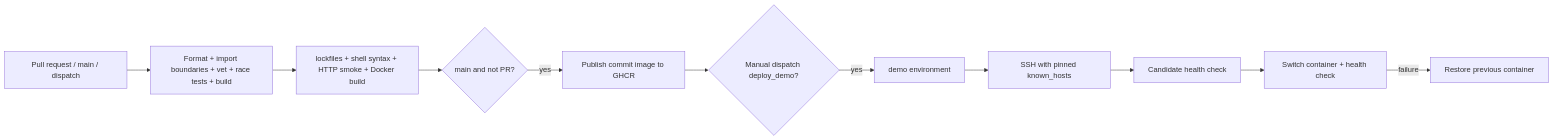
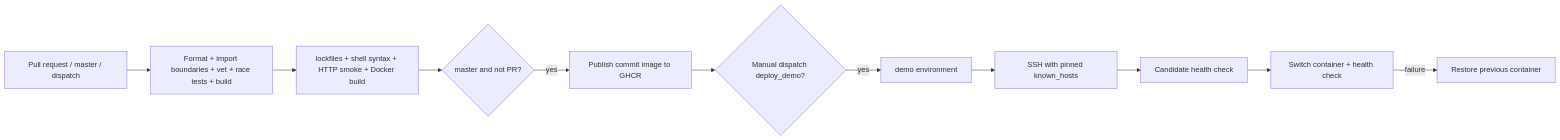
The diagram in docs/delivery.md (aqutw/Golang-with-Gin-ecommerce-API-starter-202610), drawn with Mermaid before and after one commit. The commit also changed other lines of this file and 3 other files, not shown here.

````diff
--- a/docs/delivery.md
+++ b/docs/delivery.md
@@ -11,13 +11,13 @@
 ```mermaid
 flowchart LR
-    PR[Pull request / main / dispatch] --> V[Format + import boundaries + vet + race tests + build]
+    PR[Pull request / master / dispatch] --> V[Format + import boundaries + vet + race tests + build]
     V --> S[lockfiles + shell syntax + HTTP smoke + Docker build]
-    S --> P{main and not PR?}
+    S --> P{master and not PR?}
     P -->|yes| GHCR[Publish commit image to GHCR]
     GHCR --> M{Manual dispatch deploy_demo?}
     M -->|yes| ENV[demo environment]
     ENV --> SSH[SSH with pinned known_hosts]
     SSH --> C[Candidate health check]
     C --> SW[Switch container + health check]
     SW -->|failure| R[Restore previous container]
 ```
````
